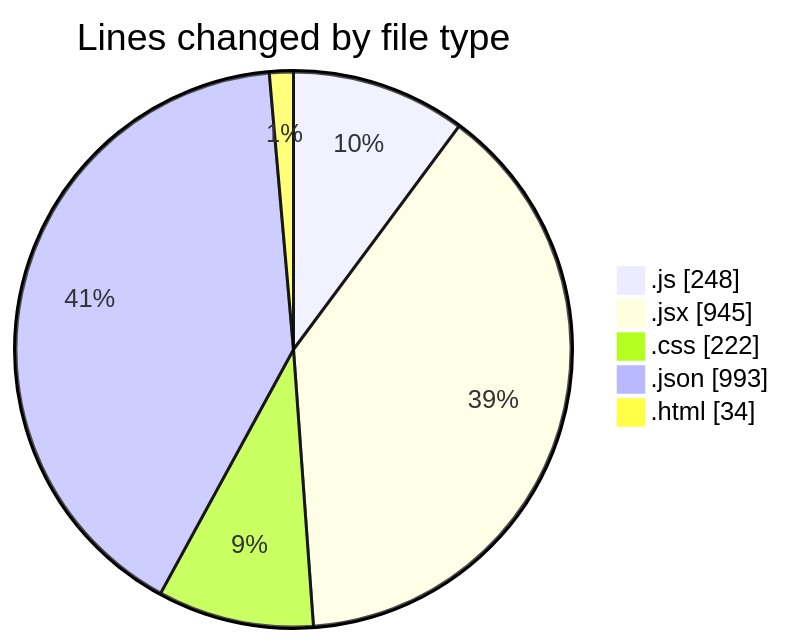
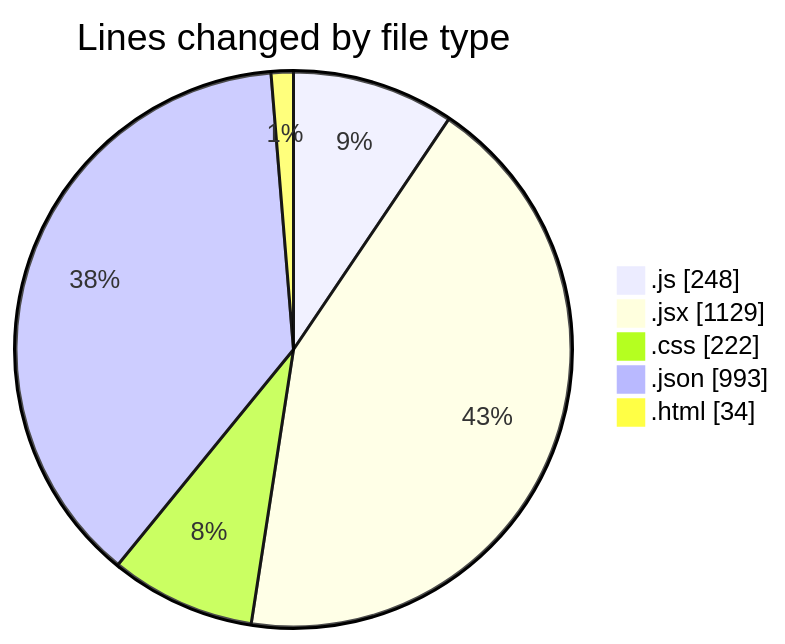
The first of 2 diagrams in 2025-07-01/urlwebwalatask/README.md (Ritupan-Deka/code-tracking), drawn with Mermaid before and after one commit. The commit also changed other lines of this file and 1 other file, not shown here.

````diff
--- a/2025-07-01/urlwebwalatask/README.md
+++ b/2025-07-01/urlwebwalatask/README.md
@@ -31,9 +31,9 @@
 ```mermaid
 pie showData
 title Lines changed by file type
 ".js" : 248
-".jsx" : 945
+".jsx" : 1129
 ".css" : 222
 ".json" : 993
 ".html" : 34
 ```
````
